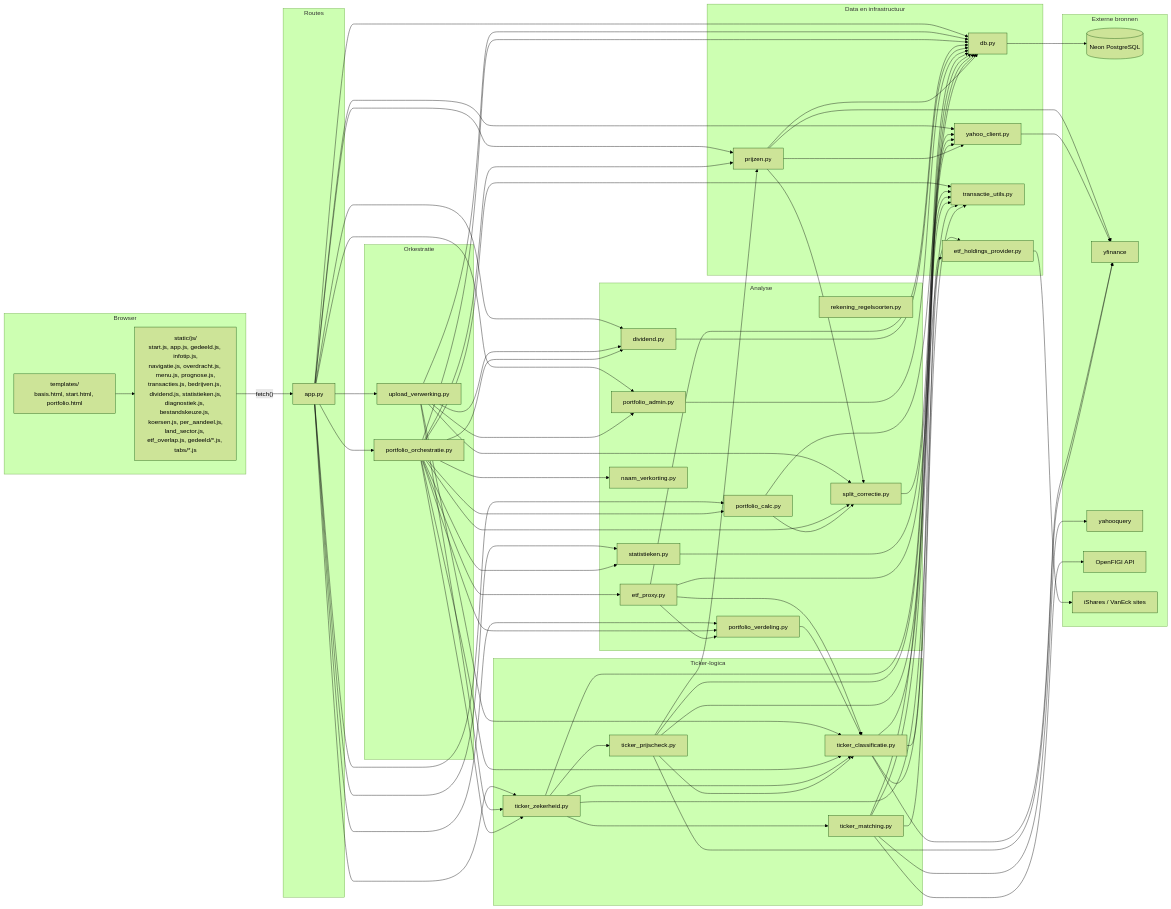
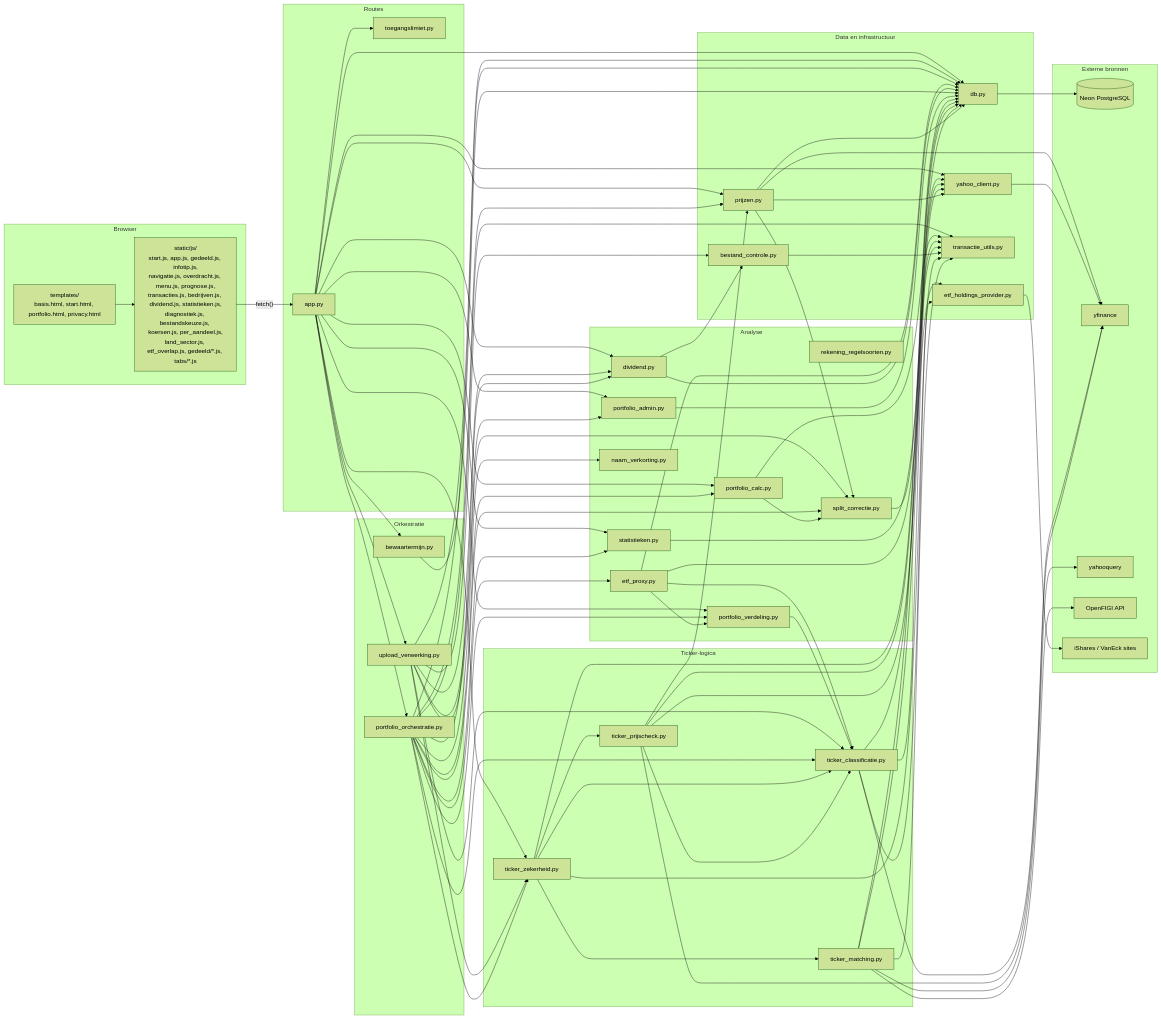
One commit to lobkest/portfolioTracker changed the first of 4 diagrams in docs/CODE_OVERZICHT.md. Above: the diagram before and after it, drawn with Mermaid (forest theme). The commit also changed other lines of this file and 38 other files, not shown here.

````diff
--- a/docs/CODE_OVERZICHT.md
+++ b/docs/CODE_OVERZICHT.md
@@ -73,17 +84,19 @@
 ```mermaid
 flowchart LR
     subgraph FE["Browser"]
-        HTML["templates/<br/>basis.html, start.html, portfolio.html"]
+        HTML["templates/<br/>basis.html, start.html, portfolio.html, privacy.html"]
         JS["static/js/<br/>start.js, app.js, gedeeld.js, infotip.js,<br/>navigatie.js, overdracht.js, menu.js, prognose.js,<br/>transacties.js, bedrijven.js, dividend.js, statistieken.js,<br/>diagnostiek.js, bestandskeuze.js, koersen.js, per_aandeel.js,<br/>land_sector.js, etf_overlap.js, gedeeld/*.js, tabs/*.js"]
     end
 
     subgraph ROUTES["Routes"]
         APP["app.py"]
+        TOEG["toegangslimiet.py"]
     end
 
     subgraph ORK["Orkestratie"]
         UPL["upload_verwerking.py"]
         ORC["portfolio_orchestratie.py"]
+        BEW["bewaartermijn.py"]
     end
 
     subgraph ANA["Analyse"]
@@ -111,6 +124,7 @@
         YC["yahoo_client.py"]
         ETFP["etf_holdings_provider.py"]
         UTIL["transactie_utils.py"]
+        BCTL["bestand_controle.py"]
     end
 
     subgraph EXT["Externe bronnen"]
@@ -126,6 +140,8 @@
 
     APP --> UPL
     APP --> ORC
+    APP --> TOEG
+    APP --> BEW
     APP --> VERD
     APP --> STAT
     APP --> DIV
@@ -136,6 +152,7 @@
     APP --> YC
     APP --> DB
 
+    UPL --> BCTL
     UPL --> ZEK
     UPL --> ADM
     UPL --> DIV
@@ -167,6 +184,9 @@
     STAT --> UTIL
     VERD --> CLASS
     DIV --> DB
+    DIV --> BCTL
+    BCTL --> UTIL
+    BEW --> DB
     ADM --> DB
 
     ZEK --> MATCH
````
